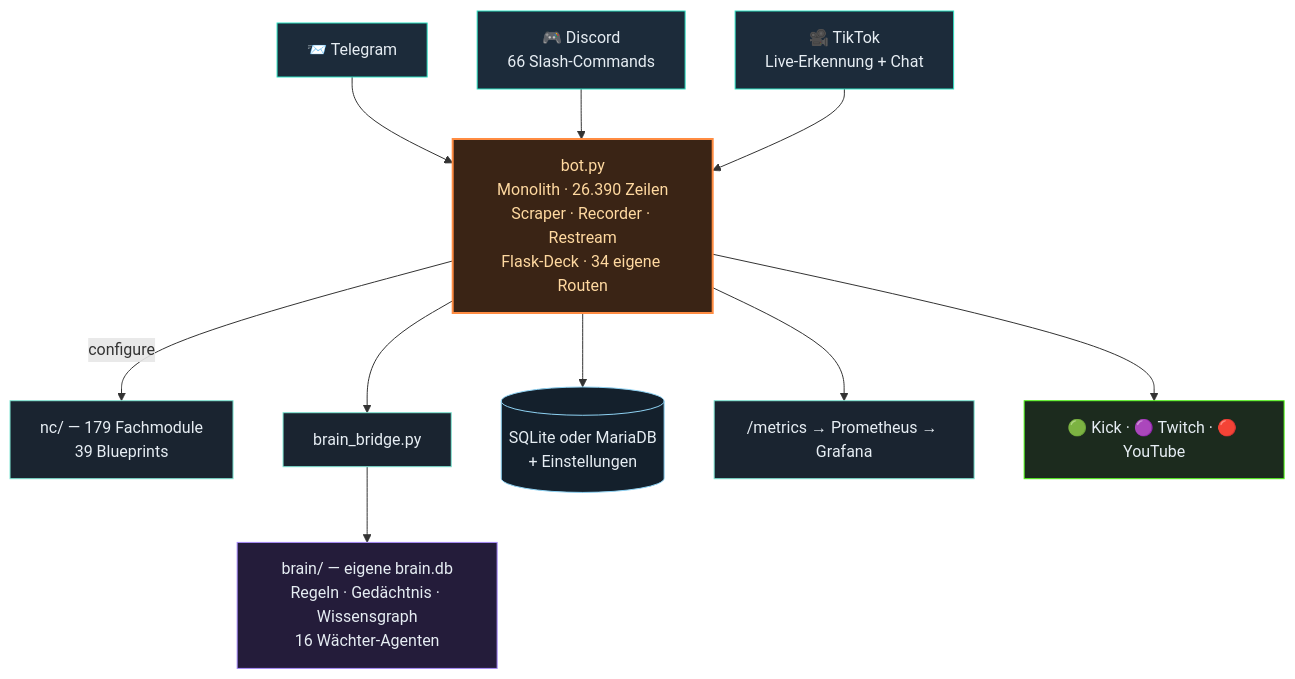
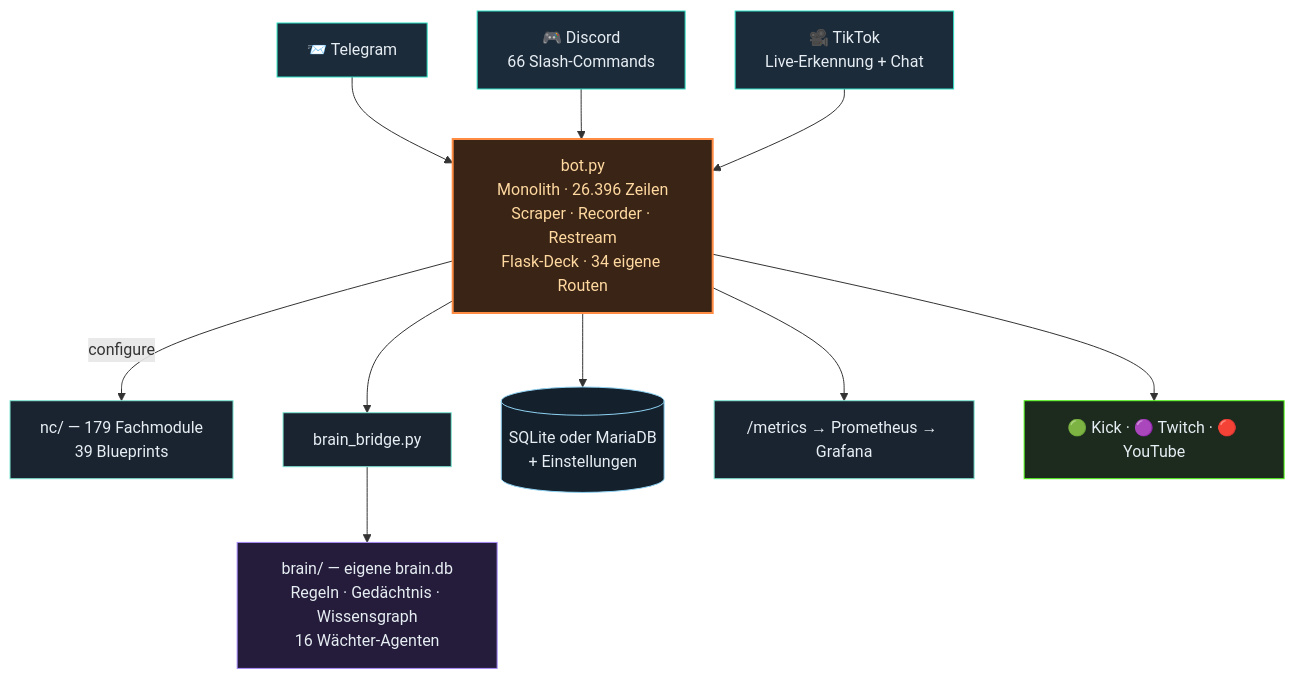
Before and after one commit to itsamemedev/Telegram-Stream-Info-Bot: the second of 3 diagrams in README.md, drawn with Mermaid. The commit also changed other lines of this file and 16 other files, not shown here.

````diff
--- a/README.md
+++ b/README.md
@@ -118,19 +118,19 @@
 ```mermaid
 flowchart TB
     TG["📨 Telegram"]:::ein --> BOT
     DC["🎮 Discord<br/>66 Slash-Commands"]:::ein --> BOT
     TT["🎥 TikTok<br/>Live-Erkennung + Chat"]:::ein --> BOT
-    BOT["bot.py<br/>Monolith · 26.390 Zeilen<br/>Scraper · Recorder · Restream<br/>Flask-Deck · 34 eigene Routen"]:::core
+    BOT["bot.py<br/>Monolith · 26.396 Zeilen<br/>Scraper · Recorder · Restream<br/>Flask-Deck · 34 eigene Routen"]:::core
     BOT -->|configure| NC["nc/ — 179 Fachmodule<br/>39 Blueprints"]:::lib
     BOT --> BR["brain_bridge.py"]:::lib
     BR --> BRAIN["brain/ — eigene brain.db<br/>Regeln · Gedächtnis · Wissensgraph<br/>16 Wächter-Agenten"]:::brain
     BOT --> DB[("SQLite oder MariaDB<br/>+ Einstellungen")]:::db
     BOT --> PROM["/metrics → Prometheus → Grafana"]:::lib
     BOT --> OUT["🟢 Kick · 🟣 Twitch · 🔴 YouTube"]:::out
     classDef ein fill:#1c2b3a,stroke:#2de1c2,color:#e6edf3
     classDef core fill:#3a2415,stroke:#ff8c42,stroke-width:2px,color:#ffd9a0
     classDef lib fill:#1a2430,stroke:#7fe7d4,color:#e6edf3
     classDef brain fill:#241c3a,stroke:#a78bfa,color:#e6edf3
     classDef db fill:#14202c,stroke:#8fd3f4,color:#e6edf3
     classDef out fill:#1c2b1e,stroke:#53fc18,color:#e6edf3
 ```
````
